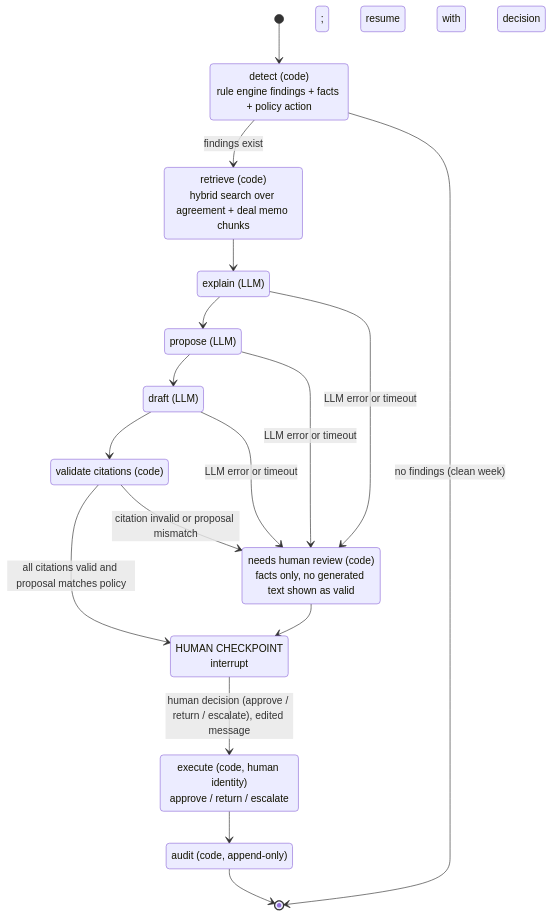
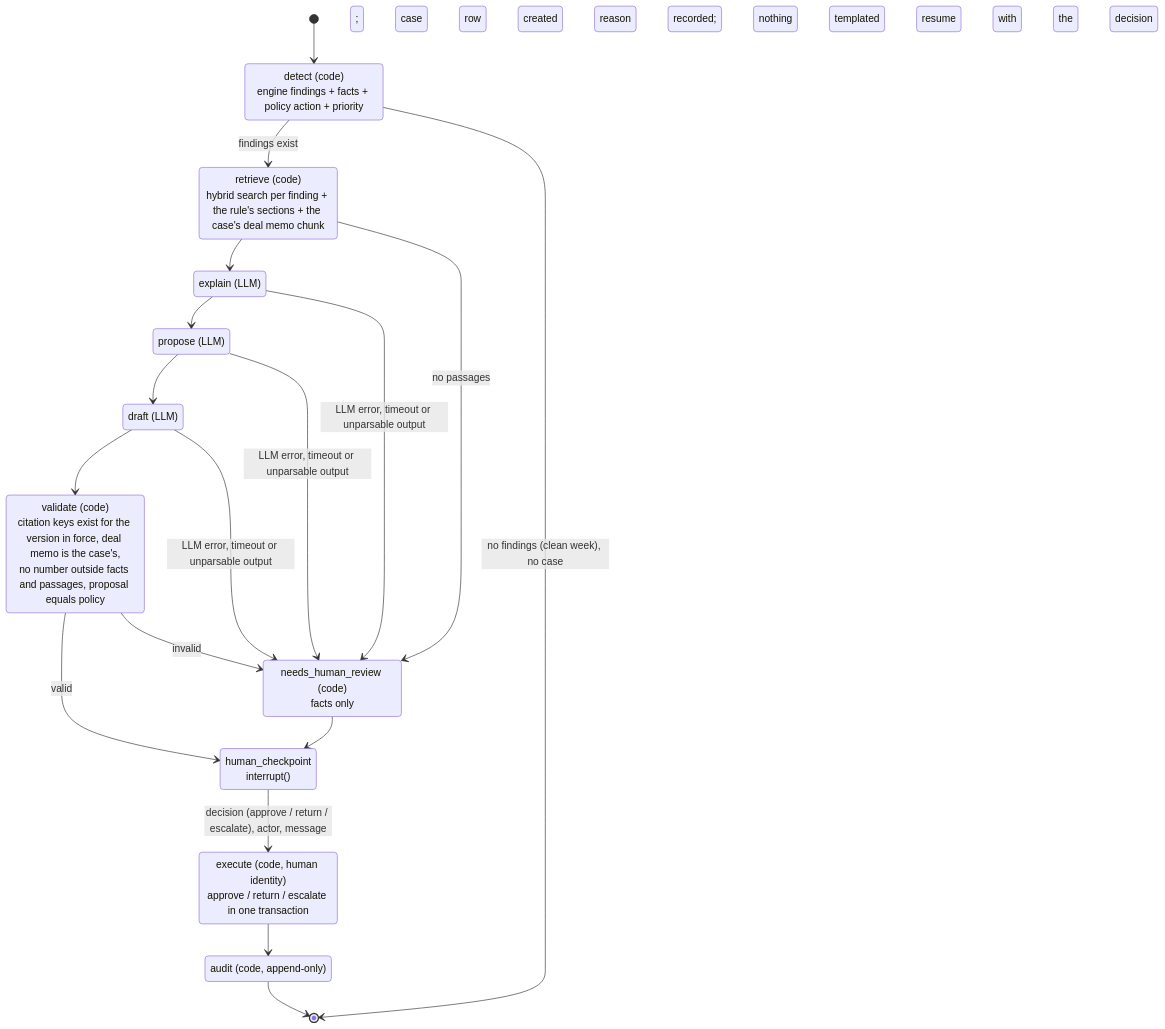
Before and after one commit to Roygrh/payroll-exception-triage-copilot: the fourth of 5 diagrams in docs/architecture/overview.md, drawn with Mermaid. The commit also changed other lines of this file and 87 other files, not shown here.

First line of the commit message:
Add MEAL_PERIOD vertical slice with real LLM, retrieval, human checkpoint and API

````diff
--- a/docs/architecture/overview.md
+++ b/docs/architecture/overview.md
@@ -78,30 +147,31 @@
 ```mermaid
 stateDiagram-v2
     [*] --> detect
-    detect: detect (code)<br/>rule engine findings + facts + policy action
-    retrieve: retrieve (code)<br/>hybrid search over agreement + deal memo chunks
+    detect: detect (code)<br/>engine findings + facts + policy action + priority; case row created
+    retrieve: retrieve (code)<br/>hybrid search per finding + the rule's sections + the case's deal memo chunk
     explain: explain (LLM)
     propose: propose (LLM)
     draft: draft (LLM)
-    validate: validate citations (code)
-    review: needs human review (code)<br/>facts only, no generated text shown as valid
-    checkpoint: HUMAN CHECKPOINT<br/>interrupt; resume with decision
-    execute: execute (code, human identity)<br/>approve / return / escalate
+    validate: validate (code)<br/>citation keys exist for the version in force, deal memo is the case's,<br/>no number outside facts and passages, proposal equals policy
+    needs_human_review: needs_human_review (code)<br/>facts only; reason recorded; nothing templated
+    human_checkpoint: human_checkpoint<br/>interrupt(); resume with the decision
+    execute: execute (code, human identity)<br/>approve / return / escalate in one transaction
     audit: audit (code, append-only)
 
     detect --> retrieve: findings exist
-    detect --> [*]: no findings (clean week)
+    detect --> [*]: no findings (clean week), no case
     retrieve --> explain
+    retrieve --> needs_human_review: no passages
     explain --> propose
     propose --> draft
     draft --> validate
-    validate --> checkpoint: all citations valid and proposal matches policy
-    validate --> review: citation invalid or proposal mismatch
-    explain --> review: LLM error or timeout
-    propose --> review: LLM error or timeout
-    draft --> review: LLM error or timeout
-    review --> checkpoint
-    checkpoint --> execute: human decision (approve / return / escalate), edited message
+    validate --> human_checkpoint: valid
+    validate --> needs_human_review: invalid
+    explain --> needs_human_review: LLM error, timeout or unparsable output
+    propose --> needs_human_review: LLM error, timeout or unparsable output
+    draft --> needs_human_review: LLM error, timeout or unparsable output
+    needs_human_review --> human_checkpoint
+    human_checkpoint --> execute: decision (approve / return / escalate), actor, message
     execute --> audit
     audit --> [*]
 ```
````
